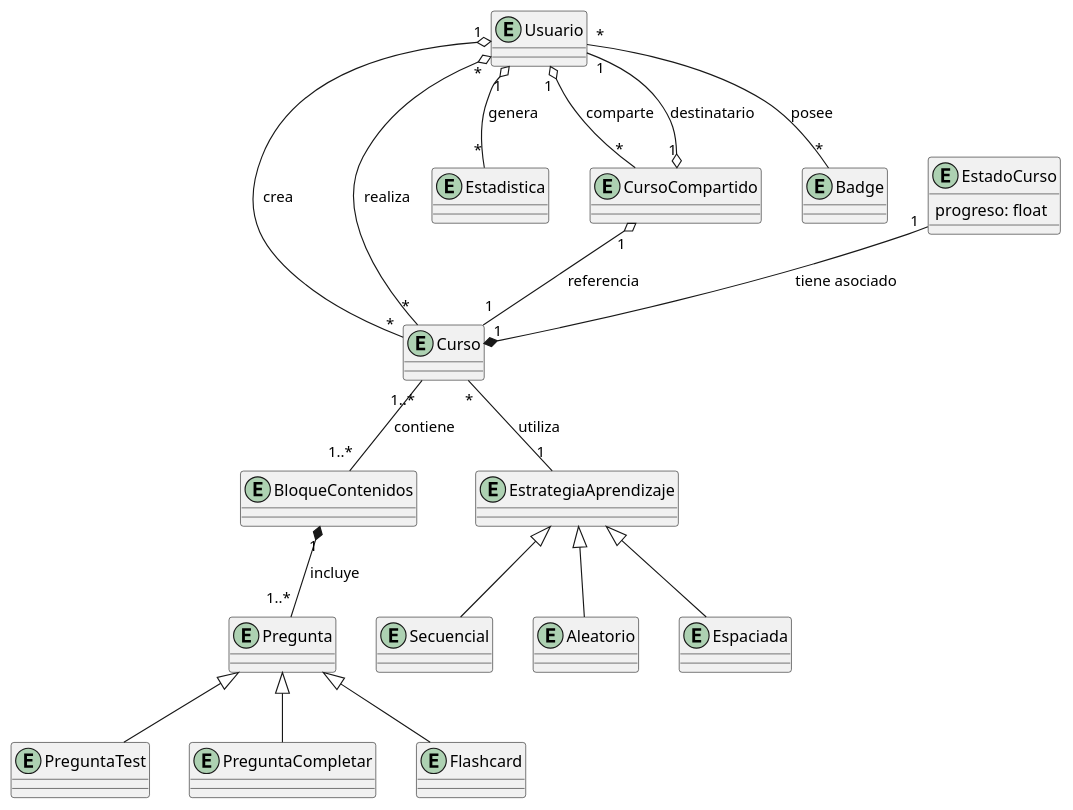
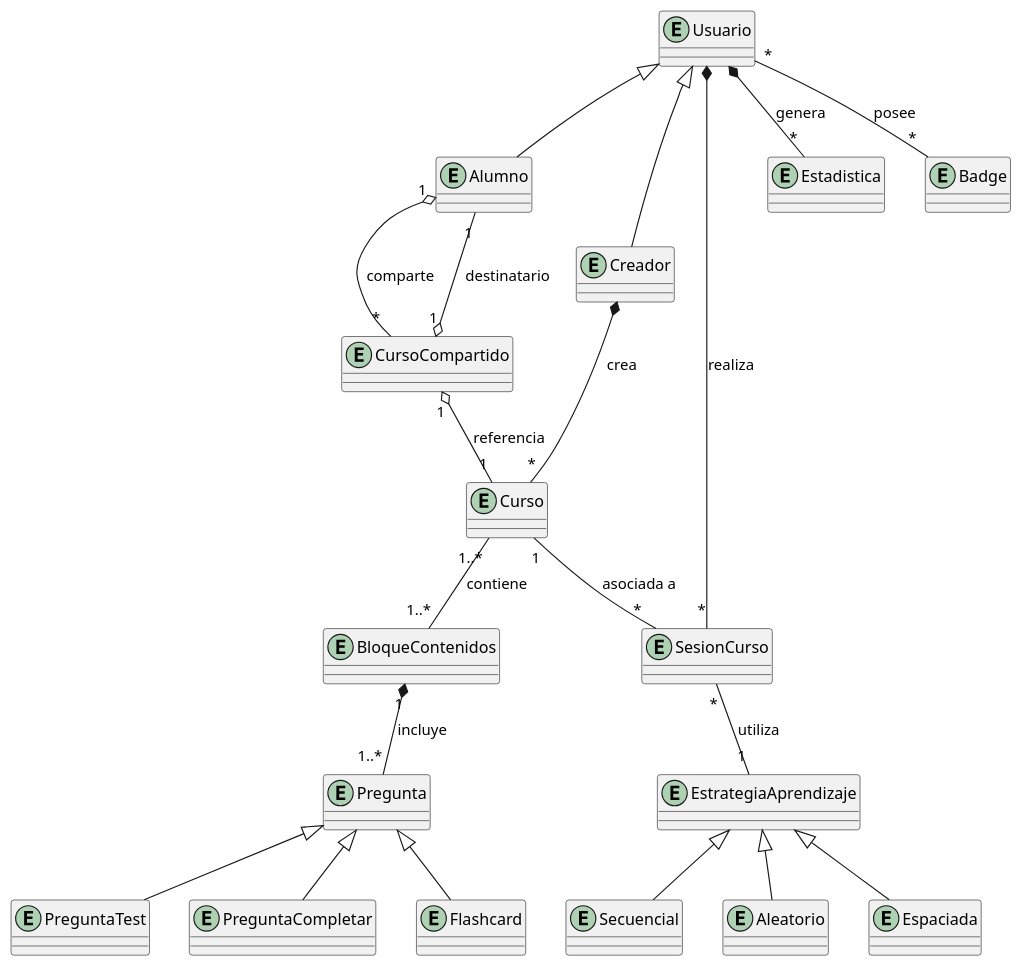
One commit to JuaanGB/Futbolistos changed the diagram in diseño/modelado/modelado_uml.wsd. Above: the diagram before and after it, drawn with PlantUML. The commit also changed 1 other file, not shown here.

```diff
--- a/diseño/modelado/modelado_uml.wsd
+++ b/diseño/modelado/modelado_uml.wsd
@@ -1,63 +1,65 @@
-@startuml modelo
+@startuml
 ' Entidades del dominio
 
 entity Usuario
+entity Alumno
+entity Creador
+
+Usuario <|-- Alumno
+Usuario <|-- Creador
+
 entity Curso
+entity SesionCurso
 entity BloqueContenidos
 entity Pregunta
 entity PreguntaTest
 entity PreguntaCompletar
 entity Flashcard
 entity EstrategiaAprendizaje
 entity Secuencial
 entity Aleatorio
 entity Espaciada
 
-entity EstadoCurso {
-  progreso: float
-}
-
 entity Estadistica
 entity CursoCompartido
 entity Badge
 
 ' Relaciones
 
 ' Un Usuario crea uno o más Cursos
-Usuario "1" o-- "*" Curso : crea
+Creador *-- "*" Curso : crea
 
 ' Compartición: Un Usuario comparte cursos con otros
-Usuario "1" o-- "*" CursoCompartido : comparte
+Alumno "1" o-- "*" CursoCompartido : comparte
 CursoCompartido "1" o-- "1" Curso : referencia
-CursoCompartido "1" o-- "1" Usuario : destinatario
+CursoCompartido "1" o-- "1" Alumno : destinatario
 
 ' Un Curso se compone de uno o más BloqueContenidos
 Curso "1..*" -- "1..*" BloqueContenidos : contiene
 
 ' Cada BloqueContenidos incluye una o más Preguntas
 BloqueContenidos "1" *-- "1..*" Pregunta : incluye
 
 ' Herencia de tipos de Pregunta
 Pregunta <|-- PreguntaTest
 Pregunta <|-- PreguntaCompletar
 Pregunta <|-- Flashcard
 
 ' Herencia de tipos de EstrategiaAprendizaje
 EstrategiaAprendizaje <|-- Secuencial
 EstrategiaAprendizaje <|-- Aleatorio
 EstrategiaAprendizaje <|-- Espaciada
 
 ' Un Curso utiliza una Estrategia de Aprendizaje
-Curso "*" -- "1" EstrategiaAprendizaje : utiliza
+SesionCurso "*" -- "1" EstrategiaAprendizaje : utiliza
 
 ' El progreso de un Curso se guarda mediante EstadoCurso
-Usuario "*" o-- "*" Curso : realiza
-EstadoCurso "1" --* "1" Curso : tiene asociado
+Usuario *-- "*" SesionCurso : realiza
+Curso "1" -- "*" "SesionCurso" : asociada a
 
 ' Estadísticas de uso generadas por el Usuario
-Usuario "1" o-- "*" Estadistica : genera
+Usuario *-- "*" Estadistica : genera
 
 ' Gamificación: Relación muchos a muchos entre Usuario y Badge
 Usuario "*" -- "*" Badge : posee
-
 @enduml
```
